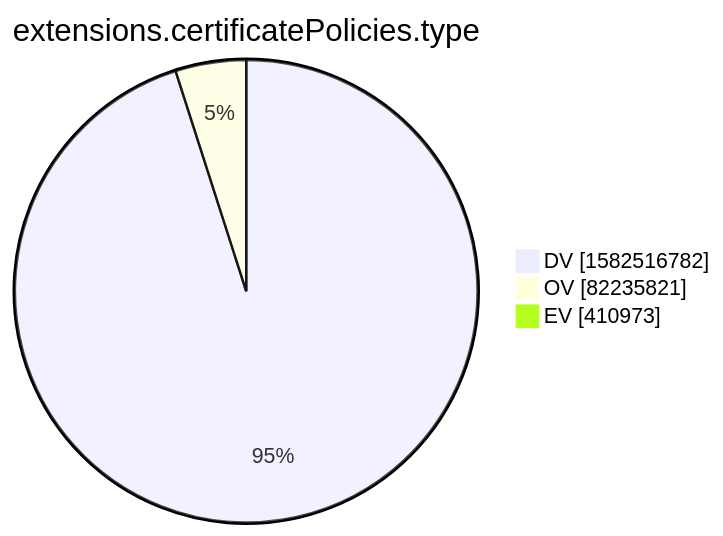
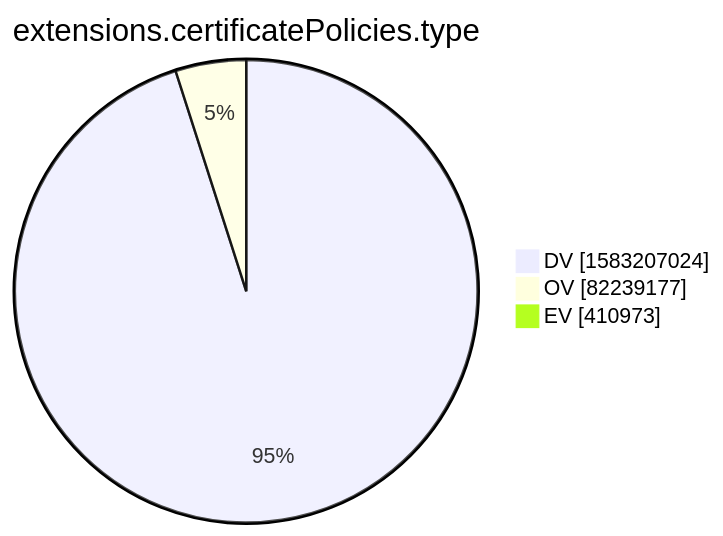
Before and after one commit to christiankrug/ctmonitor_visualization: the tenth of 15 diagrams in xenon2022/README.md, drawn with Mermaid. The commit also changed other lines of this file, not shown here.

````diff
--- a/xenon2022/README.md
+++ b/xenon2022/README.md
@@ -2877,7 +2877,7 @@
 ```mermaid
 pie showData
 title extensions.certificatePolicies.type
-"DV" :1582516782
-"OV" :82235821
+"DV" :1583207024
+"OV" :82239177
 "EV" :410973
 ```
````
